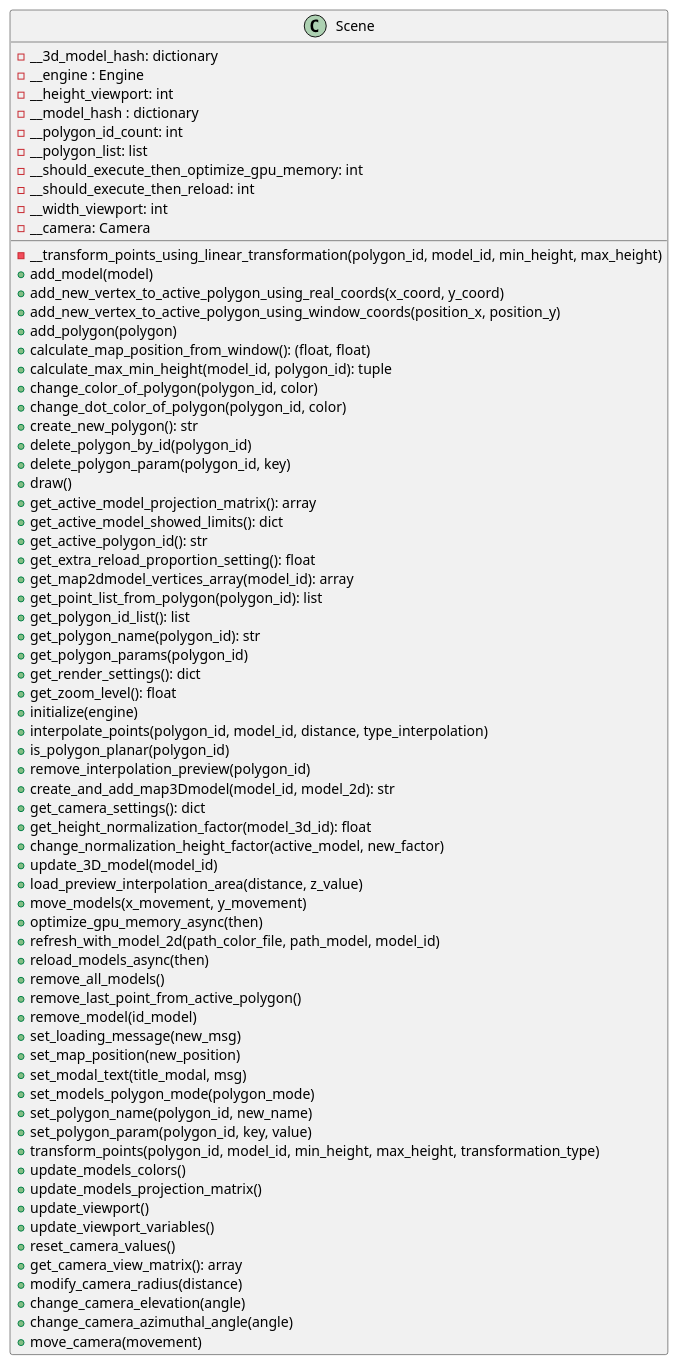
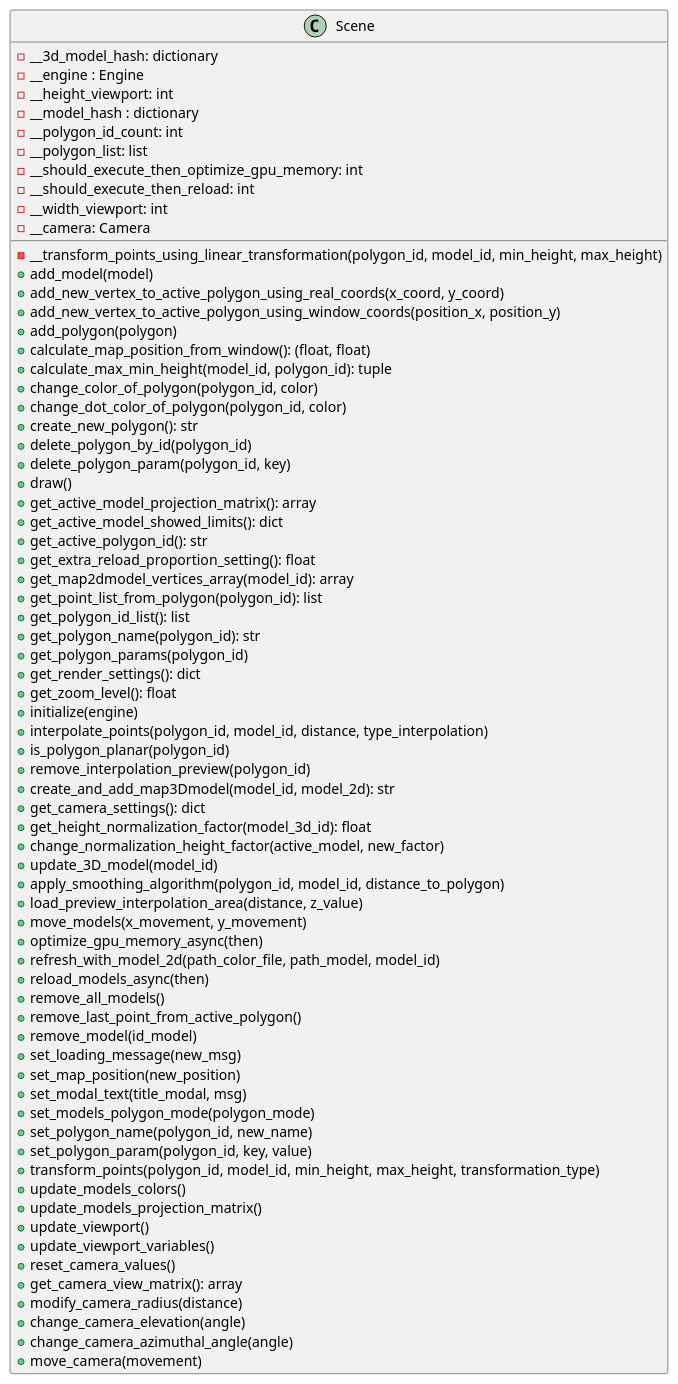
Before and after one commit to ferpoble2/Relief_Creator: the diagram in docs/classes/Scene.puml, drawn with PlantUML. The commit also changed 8 other files, not shown here.

First line of the commit message:
Added smoothing algorith to the program. must have a polygon.

```diff
--- a/docs/classes/Scene.puml
+++ b/docs/classes/Scene.puml
@@ -1,73 +1,74 @@
 @startuml
             class Scene{
                 - __transform_points_using_linear_transformation(polygon_id, model_id, min_height, max_height)
                 + add_model(model)
                 + add_new_vertex_to_active_polygon_using_real_coords(x_coord, y_coord)
                 + add_new_vertex_to_active_polygon_using_window_coords(position_x, position_y)
                 + add_polygon(polygon)
                 + calculate_map_position_from_window(): (float, float)
                 + calculate_max_min_height(model_id, polygon_id): tuple
                 + change_color_of_polygon(polygon_id, color)
                 + change_dot_color_of_polygon(polygon_id, color)
                 + create_new_polygon(): str
                 + delete_polygon_by_id(polygon_id)
                 + delete_polygon_param(polygon_id, key)
                 + draw()
                 + get_active_model_projection_matrix(): array
                 + get_active_model_showed_limits(): dict
                 + get_active_polygon_id(): str
                 + get_extra_reload_proportion_setting(): float
                 + get_map2dmodel_vertices_array(model_id): array
                 + get_point_list_from_polygon(polygon_id): list
                 + get_polygon_id_list(): list
                 + get_polygon_name(polygon_id): str
                 + get_polygon_params(polygon_id)
                 + get_render_settings(): dict
                 + get_zoom_level(): float
                 + initialize(engine)
                 + interpolate_points(polygon_id, model_id, distance, type_interpolation)
                 + is_polygon_planar(polygon_id)
                 + remove_interpolation_preview(polygon_id)
                 + create_and_add_map3Dmodel(model_id, model_2d): str
                 + get_camera_settings(): dict
                 + get_height_normalization_factor(model_3d_id): float
                 + change_normalization_height_factor(active_model, new_factor)
                 + update_3D_model(model_id)
+                + apply_smoothing_algorithm(polygon_id, model_id, distance_to_polygon)
                 + load_preview_interpolation_area(distance, z_value)
                 + move_models(x_movement, y_movement)
                 + optimize_gpu_memory_async(then)
                 + refresh_with_model_2d(path_color_file, path_model, model_id)
                 + reload_models_async(then)
                 + remove_all_models()
                 + remove_last_point_from_active_polygon()
                 + remove_model(id_model)
                 + set_loading_message(new_msg)
                 + set_map_position(new_position)
                 + set_modal_text(title_modal, msg)
                 + set_models_polygon_mode(polygon_mode)
                 + set_polygon_name(polygon_id, new_name)
                 + set_polygon_param(polygon_id, key, value)
                 + transform_points(polygon_id, model_id, min_height, max_height, transformation_type)
                 + update_models_colors()
                 + update_models_projection_matrix()
                 + update_viewport()
                 + update_viewport_variables()
                 + reset_camera_values()
                 + get_camera_view_matrix(): array
                 + modify_camera_radius(distance)
                 + change_camera_elevation(angle)
                 + change_camera_azimuthal_angle(angle)
                 + move_camera(movement)
 
                 - __3d_model_hash: dictionary
                 - __engine : Engine
                 - __height_viewport: int
                 - __model_hash : dictionary
                 - __polygon_id_count: int
                 - __polygon_list: list
                 - __should_execute_then_optimize_gpu_memory: int
                 - __should_execute_then_reload: int
                 - __width_viewport: int
                 - __camera: Camera
             }
 @enduml
```
